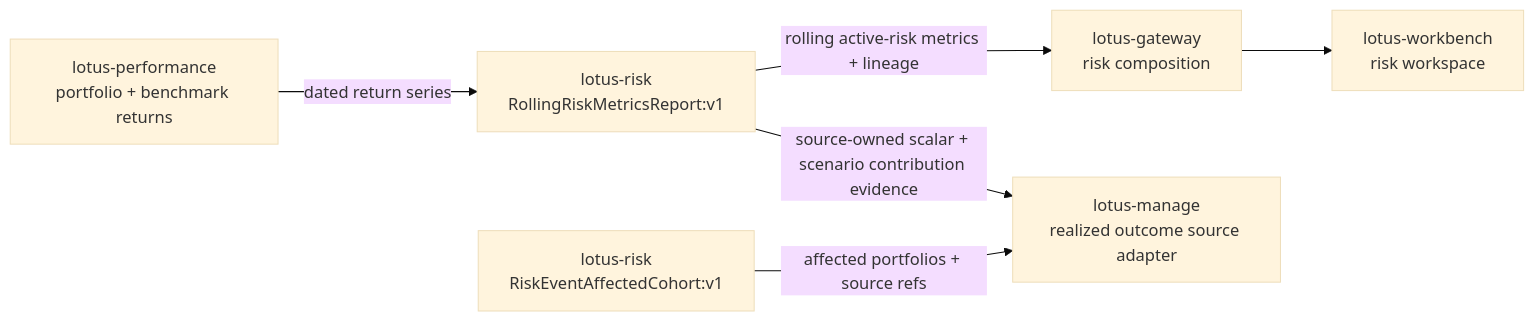
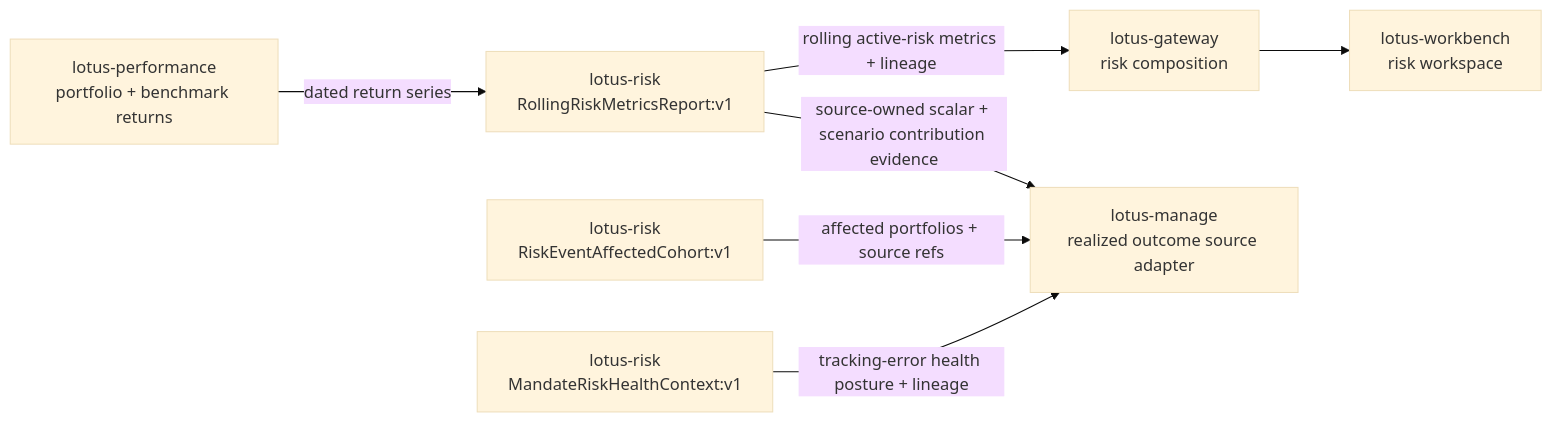
One commit to sgajbi/lotus-risk changed the diagram in wiki/Mesh-Data-Products.md. Above: the diagram before and after it, drawn with Mermaid (base theme). The commit also changed other lines of this file and 15 other files, not shown here.

Commit message:
Add mandate risk health context

````diff
--- a/wiki/Mesh-Data-Products.md
+++ b/wiki/Mesh-Data-Products.md
@@ -99,15 +108,17 @@
 ```mermaid
 flowchart LR
     PERF[lotus-performance<br/>portfolio + benchmark returns]
     RISK[lotus-risk<br/>RollingRiskMetricsReport:v1]
     GW[lotus-gateway<br/>risk composition]
     WB[lotus-workbench<br/>risk workspace]
     MANAGE[lotus-manage<br/>realized outcome source adapter]
     COHORT[lotus-risk<br/>RiskEventAffectedCohort:v1]
+    HEALTH[lotus-risk<br/>MandateRiskHealthContext:v1]
 
     PERF -->|dated return series| RISK
     RISK -->|rolling active-risk metrics + lineage| GW
     GW --> WB
     RISK -->|source-owned scalar + scenario contribution evidence| MANAGE
     COHORT -->|affected portfolios + source refs| MANAGE
+    HEALTH -->|tracking-error health posture + lineage| MANAGE
 ```
````
